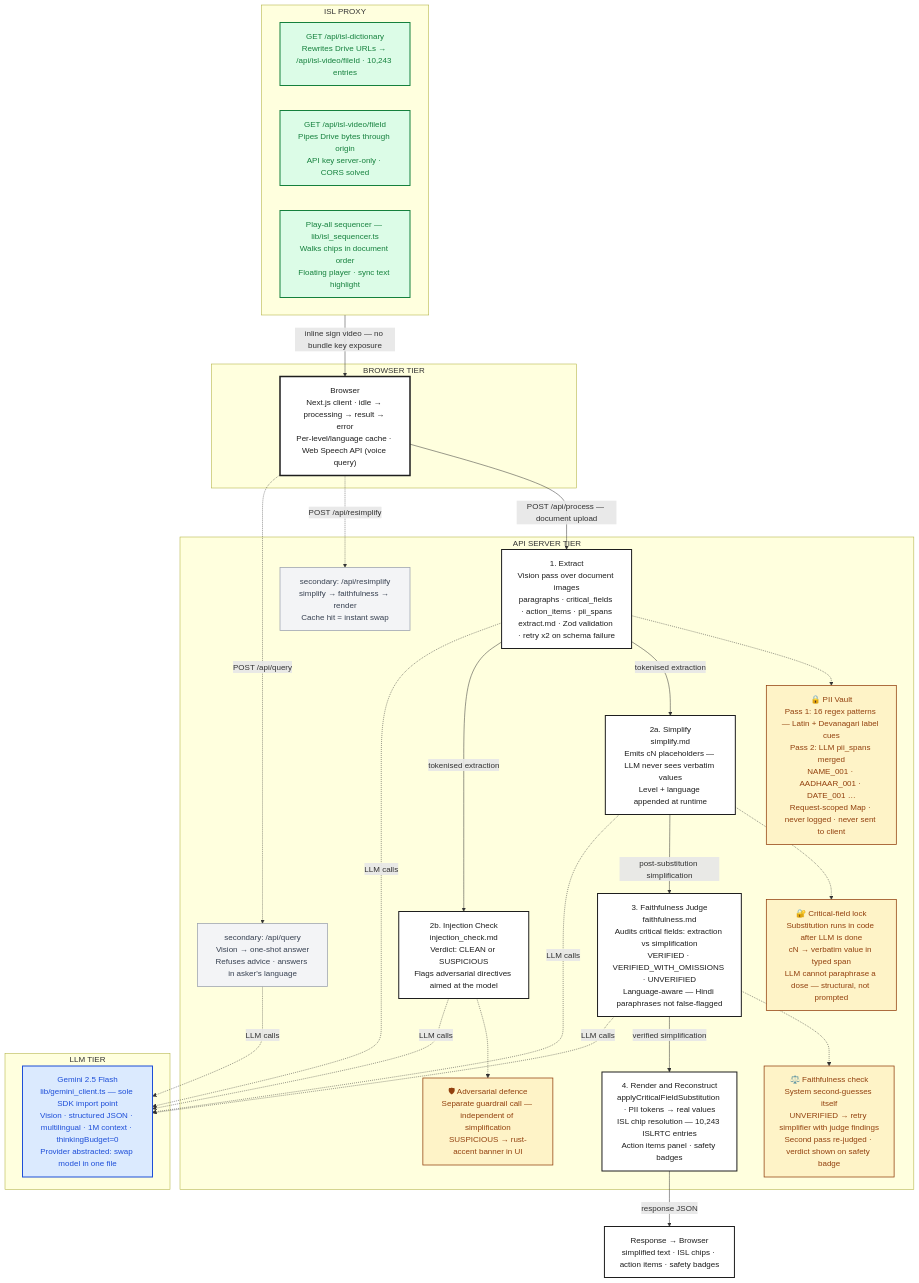
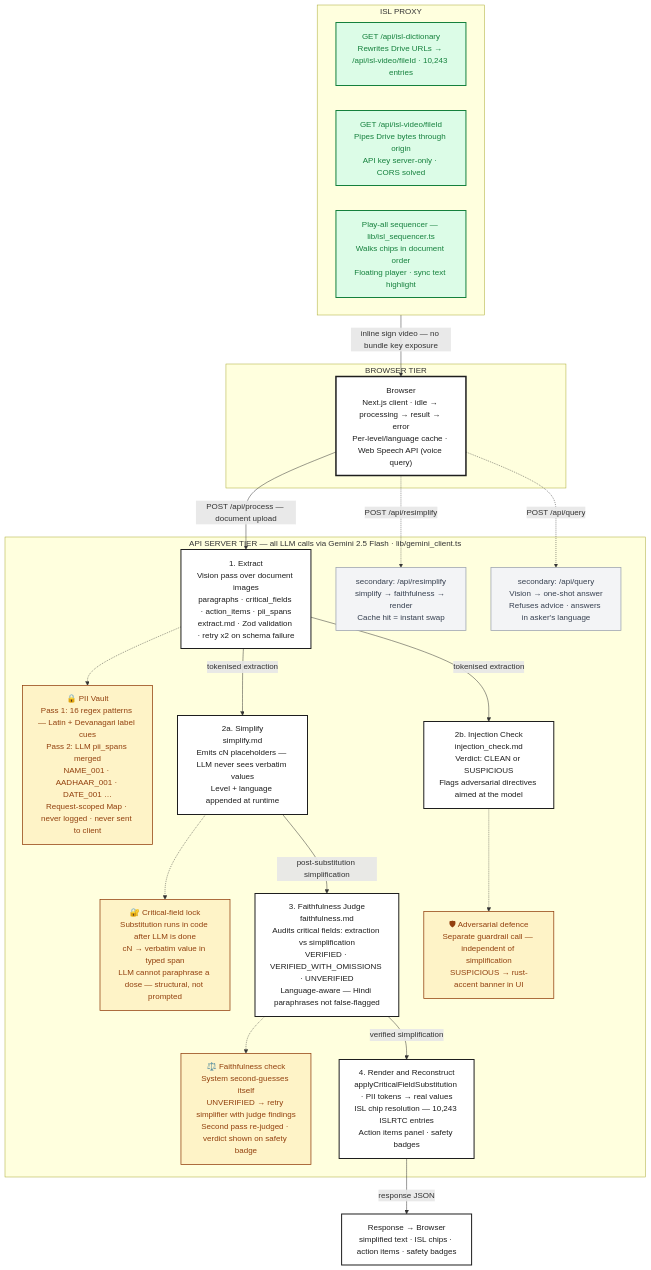
One commit to SirCoolerArc/SugamPath changed the diagram in README.md. Above: the diagram before and after it, drawn with Mermaid.

Commit message:
docs: remove LLM tier box from pipeline diagram, fold Gemini note into subgraph title

````diff
--- a/README.md
+++ b/README.md
@@ -42,60 +42,53 @@
 ```mermaid
 flowchart TD
     classDef pipeline fill:#ffffff,stroke:#1e1e1e,stroke-width:2px,color:#1e1e1e
     classDef safety fill:#fef3c7,stroke:#92400e,stroke-width:1.5px,color:#92400e
-    classDef gemini fill:#dbeafe,stroke:#1d4ed8,stroke-width:2px,color:#1d4ed8
     classDef isl fill:#dcfce7,stroke:#15803d,stroke-width:2px,color:#15803d
     classDef secondary fill:#f3f4f6,stroke:#9ca3af,stroke-width:1.5px,color:#374151
     classDef browser fill:#ffffff,stroke:#1e1e1e,stroke-width:3px,color:#1e1e1e
 
     subgraph BROWSER_TIER["BROWSER TIER"]
         B["Browser\nNext.js client · idle → processing → result → error\nPer-level/language cache · Web Speech API (voice query)"]:::browser
     end
 
     B -->|"POST /api/process — document upload"| E
     B -. "POST /api/resimplify" .-> RS
     B -. "POST /api/query" .-> Q
 
-    subgraph API_TIER["API SERVER TIER"]
+    subgraph API_TIER["API SERVER TIER  —  all LLM calls via Gemini 2.5 Flash · lib/gemini_client.ts"]
         RS["secondary: /api/resimplify\nsimplify → faithfulness → render\nCache hit = instant swap"]:::secondary
         Q["secondary: /api/query\nVision → one-shot answer\nRefuses advice · answers in asker's language"]:::secondary
 
         E["1. Extract\nVision pass over document images\nparagraphs · critical_fields · action_items · pii_spans\nextract.md · Zod validation · retry x2 on schema failure"]:::pipeline
         PII["🔒 PII Vault\nPass 1: 16 regex patterns — Latin + Devanagari label cues\nPass 2: LLM pii_spans merged\nNAME_001 · AADHAAR_001 · DATE_001 …\nRequest-scoped Map · never logged · never sent to client"]:::safety
         E -.-> PII
 
         E -->|"tokenised extraction"| S & I
 
         S["2a. Simplify\nsimplify.md\nEmits cN placeholders — LLM never sees verbatim values\nLevel + language appended at runtime"]:::pipeline
         I["2b. Injection Check\ninjection_check.md\nVerdict: CLEAN or SUSPICIOUS\nFlags adversarial directives aimed at the model"]:::pipeline
 
         CFL["🔐 Critical-field lock\nSubstitution runs in code after LLM is done\ncN → verbatim value in typed span\nLLM cannot paraphrase a dose — structural, not prompted"]:::safety
         ADV["🛡 Adversarial defence\nSeparate guardrail call — independent of simplification\nSUSPICIOUS → rust-accent banner in UI"]:::safety
         S -.-> CFL
         I -.-> ADV
 
         S -->|"post-substitution simplification"| F
         F["3. Faithfulness Judge\nfaithfulness.md\nAudits critical fields: extraction vs simplification\nVERIFIED · VERIFIED_WITH_OMISSIONS · UNVERIFIED\nLanguage-aware — Hindi paraphrases not false-flagged"]:::pipeline
         FC["⚖️ Faithfulness check\nSystem second-guesses itself\nUNVERIFIED → retry simplifier with judge findings\nSecond pass re-judged · verdict shown on safety badge"]:::safety
         F -.-> FC
 
         F -->|"verified simplification"| R
         R["4. Render and Reconstruct\napplyCriticalFieldSubstitution · PII tokens → real values\nISL chip resolution — 10,243 ISLRTC entries\nAction items panel · safety badges"]:::pipeline
     end
 
     R -->|"response JSON"| RESP["Response → Browser\nsimplified text · ISL chips · action items · safety badges"]:::pipeline
 
     subgraph ISL_PROXY["ISL PROXY"]
         ISLAPI["GET /api/isl-dictionary\nRewrites Drive URLs → /api/isl-video/fileId · 10,243 entries"]:::isl
         ISLVID["GET /api/isl-video/fileId\nPipes Drive bytes through origin\nAPI key server-only · CORS solved"]:::isl
         ISLSEQ["Play-all sequencer — lib/isl_sequencer.ts\nWalks chips in document order\nFloating player · sync text highlight"]:::isl
     end
 
     ISL_PROXY -->|"inline sign video — no bundle key exposure"| B
-
-    subgraph LLM_TIER["LLM TIER"]
-        G["Gemini 2.5 Flash\nlib/gemini_client.ts — sole SDK import point\nVision · structured JSON · multilingual · 1M context · thinkingBudget=0\nProvider abstracted: swap model in one file"]:::gemini
-    end
-
-    E & S & I & F & Q -.->|"LLM calls"| G
 ```
````
